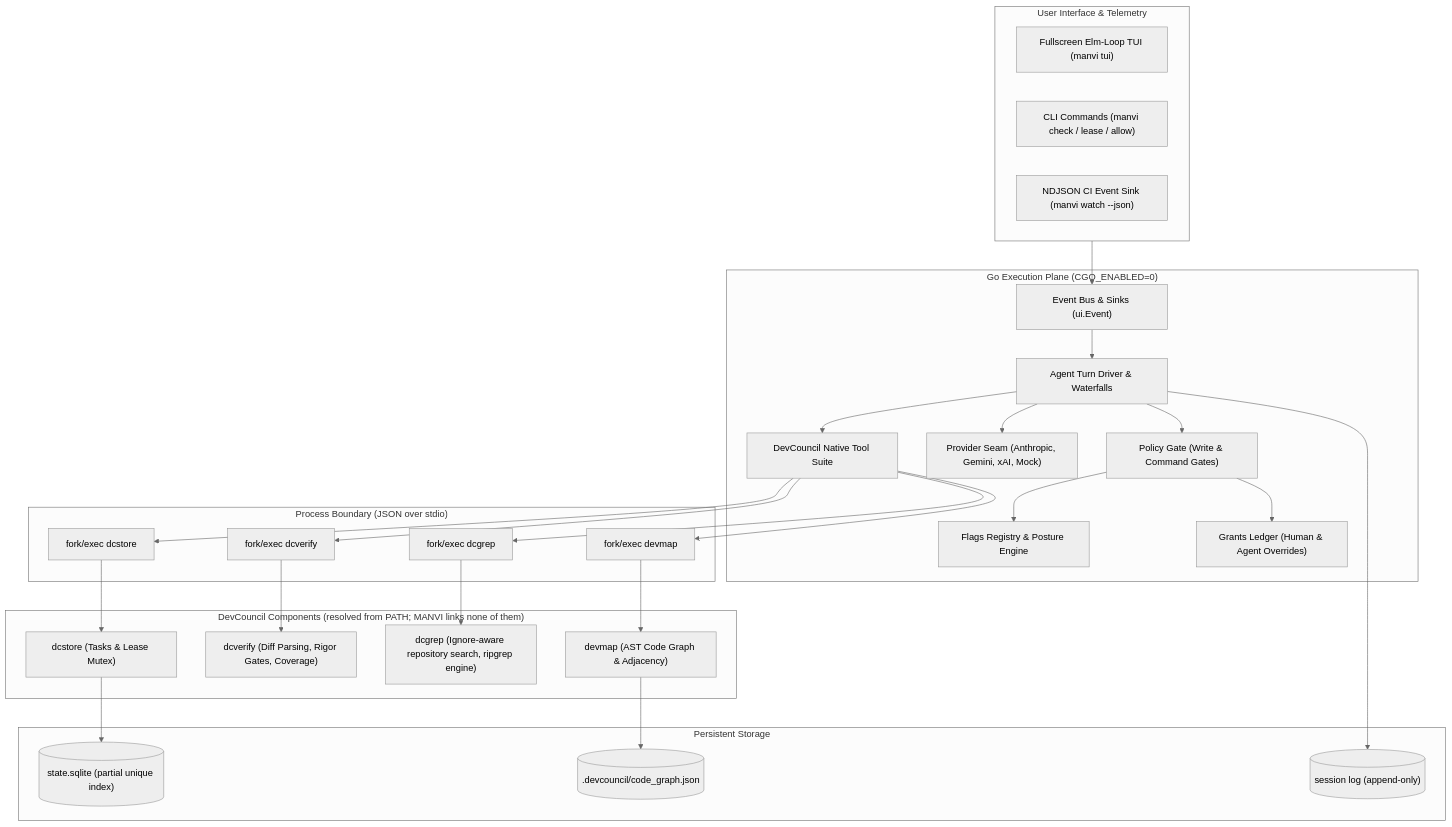
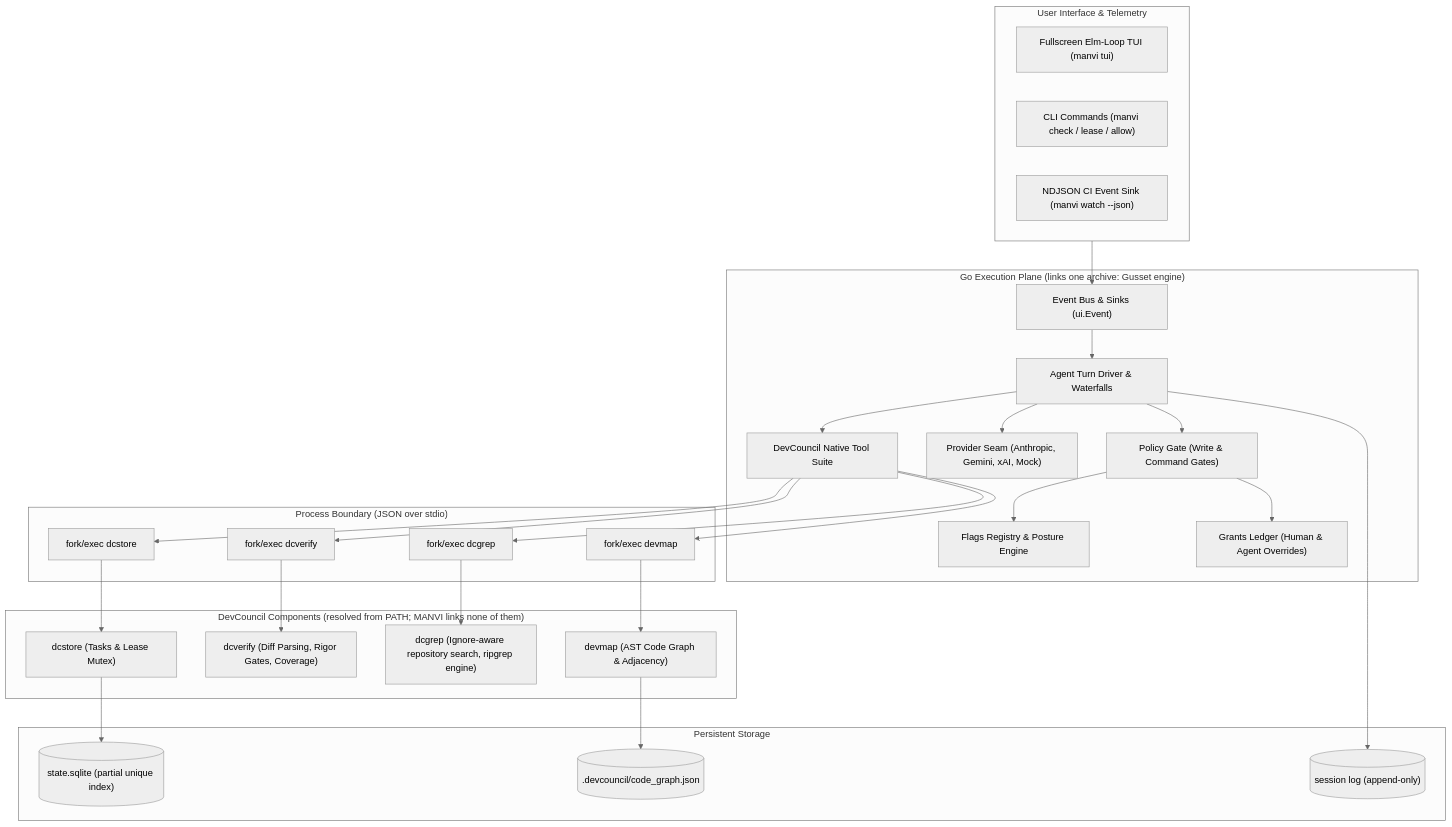
One commit to bharathvbcr/Manvi changed the first of 5 diagrams in docs/ARCHITECTURE.md. Above: the diagram before and after it, drawn with Mermaid (neutral theme). The commit also changed other lines of this file and 13 other files, not shown here.

````diff
--- a/docs/ARCHITECTURE.md
+++ b/docs/ARCHITECTURE.md
@@ -80,54 +80,54 @@
 ```mermaid
 flowchart TB
     subgraph UserInterface["User Interface & Telemetry"]
         TUI["Fullscreen Elm-Loop TUI (manvi tui)"]
         CLI["CLI Commands (manvi check / lease / allow)"]
         Stream["NDJSON CI Event Sink (manvi watch --json)"]
     end
 
-    subgraph GoPlane["Go Execution Plane (CGO_ENABLED=0)"]
+    subgraph GoPlane["Go Execution Plane (links one archive: Gusset engine)"]
         Bus["Event Bus & Sinks (ui.Event)"]
         AgentLoop["Agent Turn Driver & Waterfalls"]
         Registry["Flags Registry & Posture Engine"]
         Gate["Policy Gate (Write & Command Gates)"]
         Grants["Grants Ledger (Human & Agent Overrides)"]
         Providers["Provider Seam (Anthropic, Gemini, xAI, Mock)"]
         Tools["DevCouncil Native Tool Suite"]
     end
 
     subgraph ProcessBoundary["Process Boundary (JSON over stdio)"]
         IPC1["fork/exec dcstore"]
         IPC2["fork/exec dcverify"]
         IPC3["fork/exec devmap"]
         IPC4["fork/exec dcgrep"]
     end
 
     subgraph Components["DevCouncil Components (resolved from PATH; MANVI links none of them)"]
         DCStore["dcstore (Tasks & Lease Mutex)"]
         DCVerify["dcverify (Diff Parsing, Rigor Gates, Coverage)"]
         DCGrep["dcgrep (Ignore-aware repository search, ripgrep engine)"]
         DevMap["devmap (AST Code Graph & Adjacency)"]
     end
 
     subgraph Storage["Persistent Storage"]
         SQLite[("state.sqlite (partial unique index)")]
         CodeGraph[(".devcouncil/code_graph.json")]
         SessionLog[("session log (append-only)")]
     end
 
     UserInterface --> Bus
     Bus --> AgentLoop
     AgentLoop --> Gate
     Gate --> Grants
     Gate --> Registry
     AgentLoop --> Providers
     AgentLoop --> Tools
     Tools --> IPC1 & IPC2 & IPC3 & IPC4
     IPC1 --> DCStore
     IPC2 --> DCVerify
     IPC3 --> DevMap
     IPC4 --> DCGrep
     DCStore --> SQLite
     DevMap --> CodeGraph
     AgentLoop --> SessionLog
 ```
````
